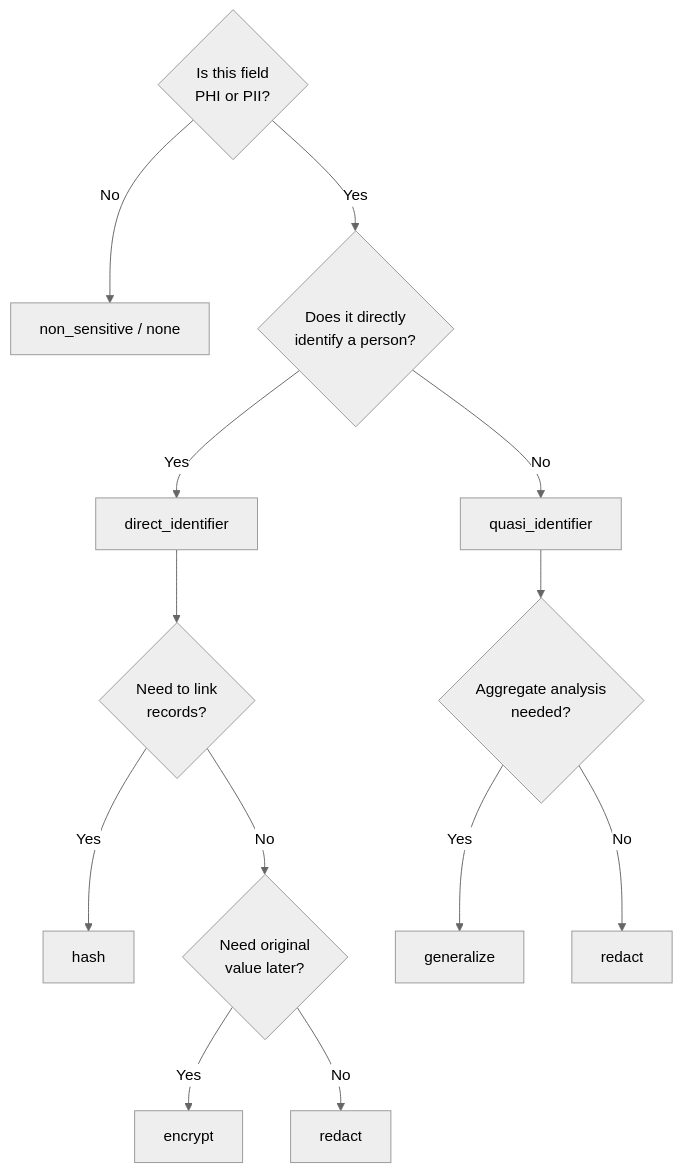
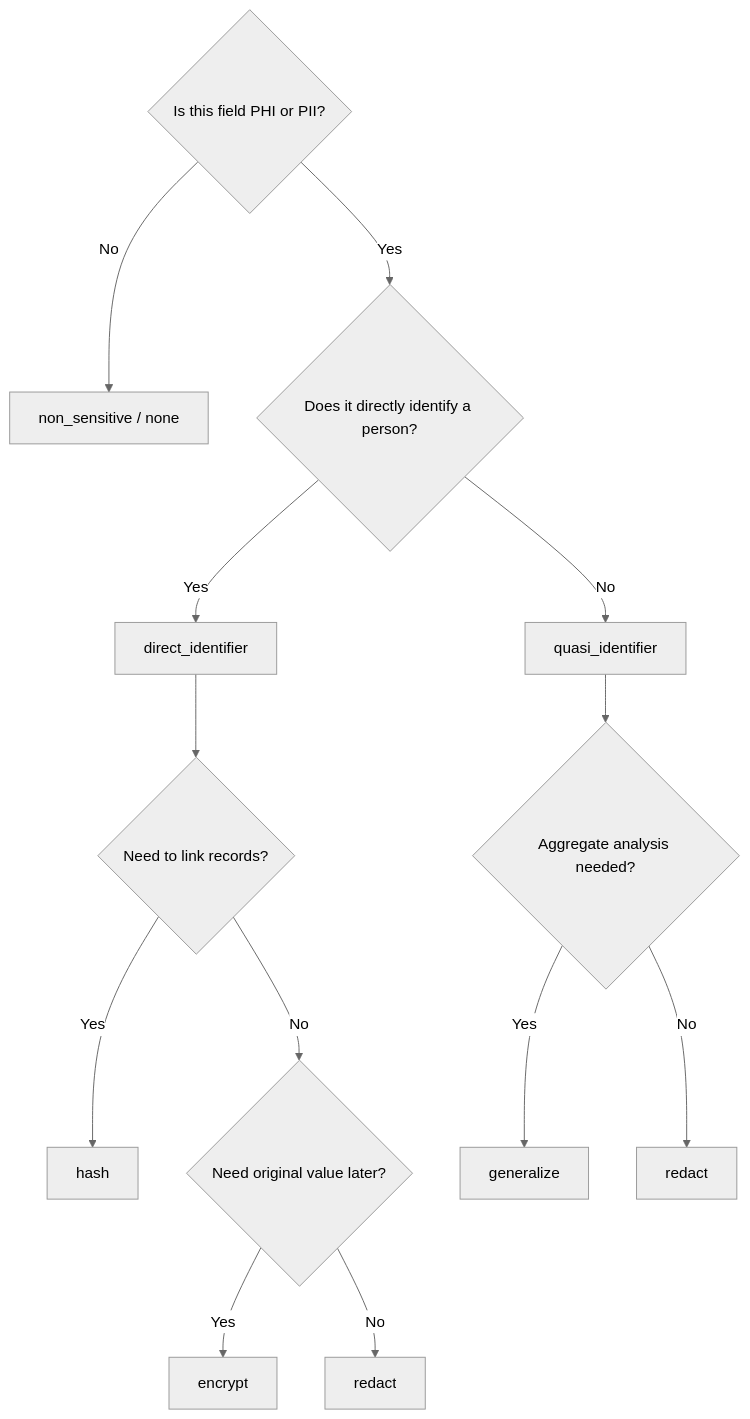
One commit to michaelhuot-msft/forms-to-fabric changed the fourth of 5 diagrams in docs/architecture.md. Above: the diagram before and after it, drawn with Mermaid (neutral theme). The commit also changed other lines of this file and 12 other files, not shown here.

````diff
--- a/docs/architecture.md
+++ b/docs/architecture.md
@@ -185,15 +202,15 @@
 ```mermaid
 flowchart TD
-    A{"Is this field<br/>PHI or PII?"} -->|No| B["non_sensitive / none"]
-    A -->|Yes| C{"Does it directly<br/>identify a person?"}
+    A{"Is this field PHI or PII?"} -->|No| B["non_sensitive / none"]
+    A -->|Yes| C{"Does it directly identify a person?"}
     C -->|Yes| D["direct_identifier"]
     C -->|No| E["quasi_identifier"]
-    D --> F{"Need to link<br/>records?"}
+    D --> F{"Need to link records?"}
     F -->|Yes| G["hash"]
-    F -->|No| H{"Need original<br/>value later?"}
+    F -->|No| H{"Need original value later?"}
     H -->|Yes| I["encrypt"]
     H -->|No| J["redact"]
-    E --> K{"Aggregate analysis<br/>needed?"}
+    E --> K{"Aggregate analysis needed?"}
     K -->|Yes| L["generalize"]
     K -->|No| M["redact"]
 ```
````
